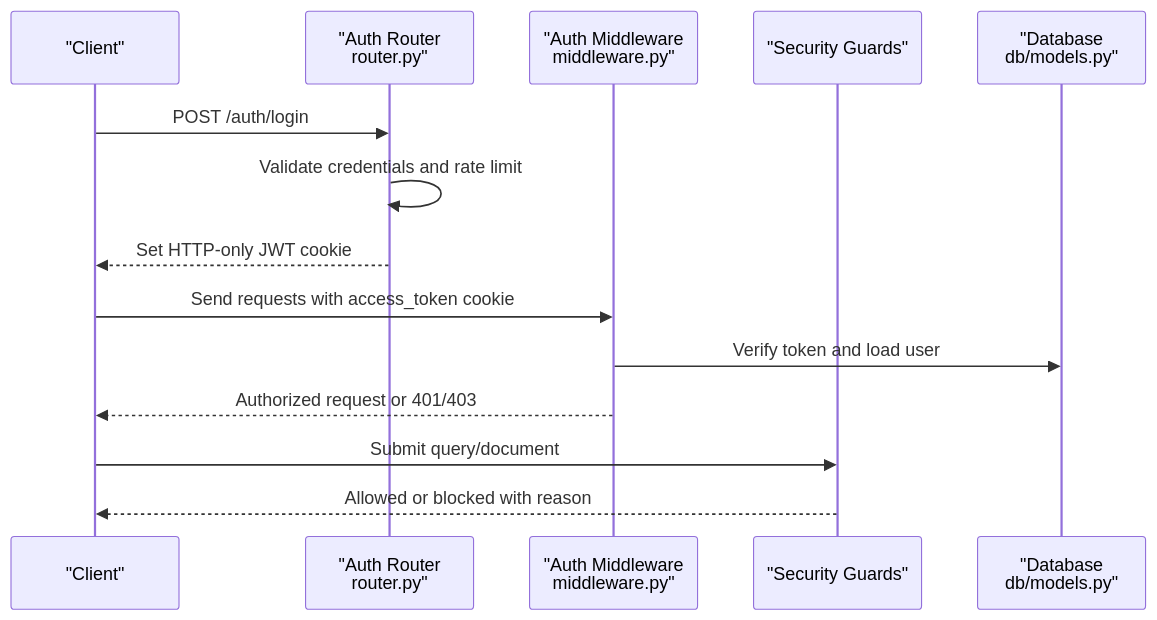
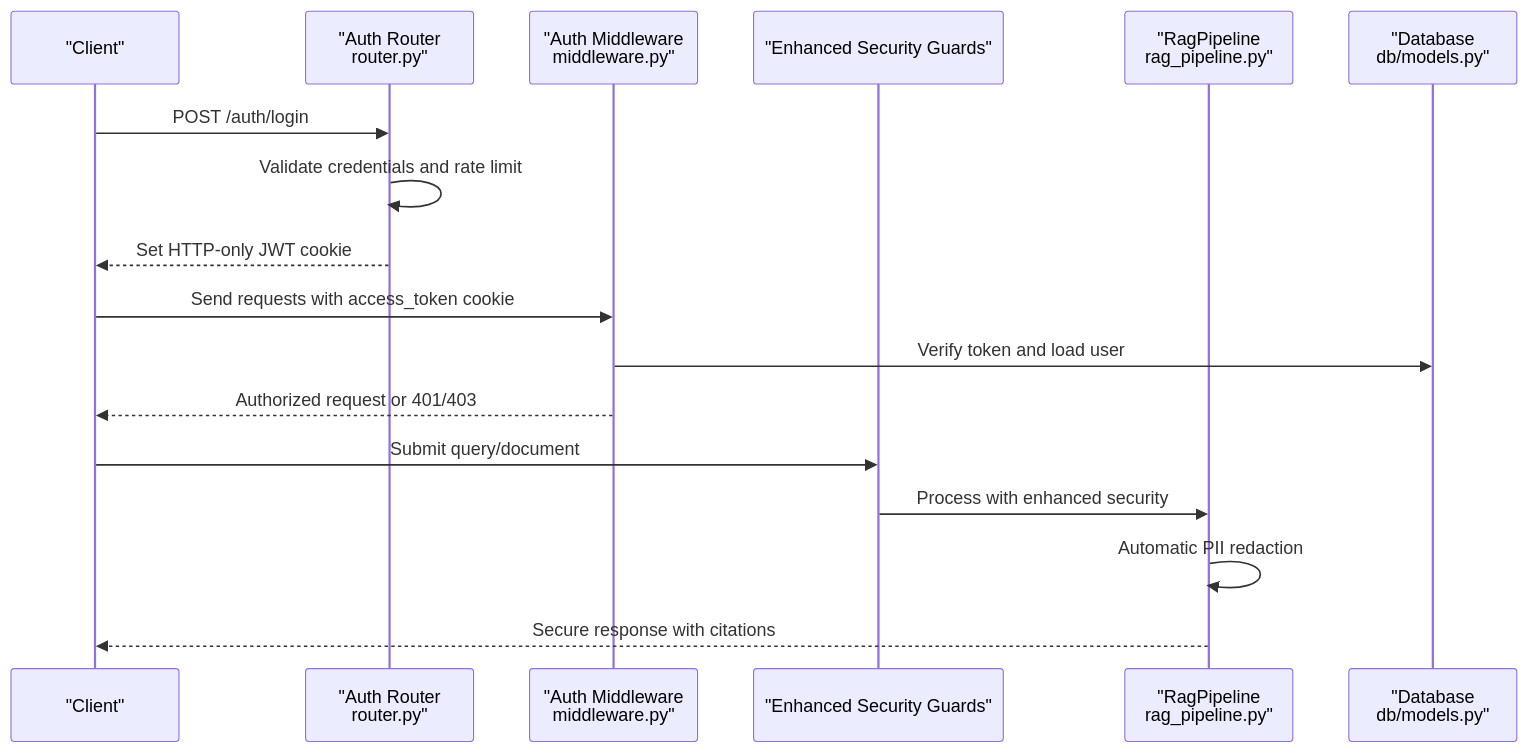
Before and after one commit to genes8/private-ai: the second of 9 diagrams in .qoder/repowiki/en/content/Security and Compliance/Security and Compliance.md, drawn with Mermaid. The commit also changed other lines of this file and 55 other files, not shown here.

````diff
--- a/.qoder/repowiki/en/content/Security and Compliance/Security and Compliance.md
+++ b/.qoder/repowiki/en/content/Security and Compliance/Security and Compliance.md
@@ -122,16 +140,19 @@
 ```mermaid
 sequenceDiagram
 participant Client as "Client"
 participant Auth as "Auth Router<br/>router.py"
 participant MW as "Auth Middleware<br/>middleware.py"
-participant Guard as "Security Guards"
+participant Guard as "Enhanced Security Guards"
+participant Pipeline as "RagPipeline<br/>rag_pipeline.py"
 participant DB as "Database<br/>db/models.py"
 Client->>Auth : POST /auth/login
 Auth->>Auth : Validate credentials and rate limit
 Auth-->>Client : Set HTTP-only JWT cookie
 Client->>MW : Send requests with access_token cookie
 MW->>DB : Verify token and load user
 MW-->>Client : Authorized request or 401/403
 Client->>Guard : Submit query/document
-Guard-->>Client : Allowed or blocked with reason
+Guard->>Pipeline : Process with enhanced security
+Pipeline->>Pipeline : Automatic PII redaction
+Pipeline-->>Client : Secure response with citations
 ```
````
